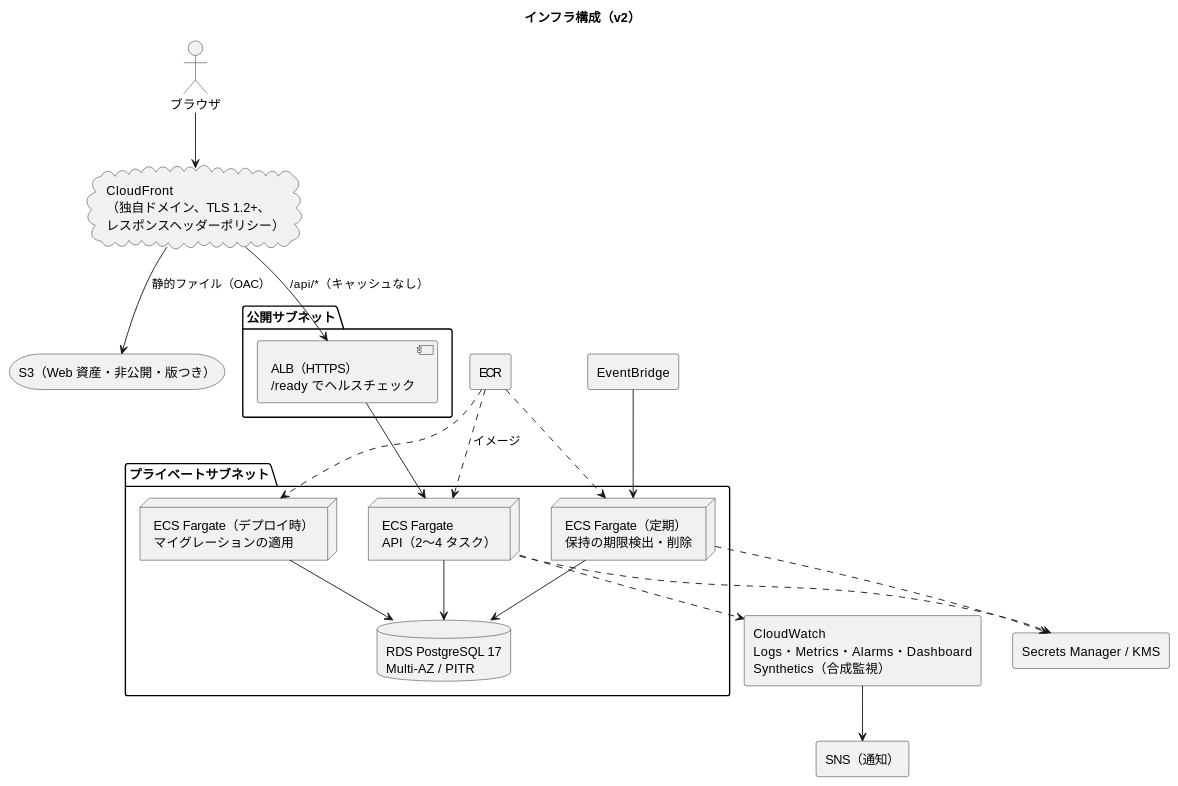
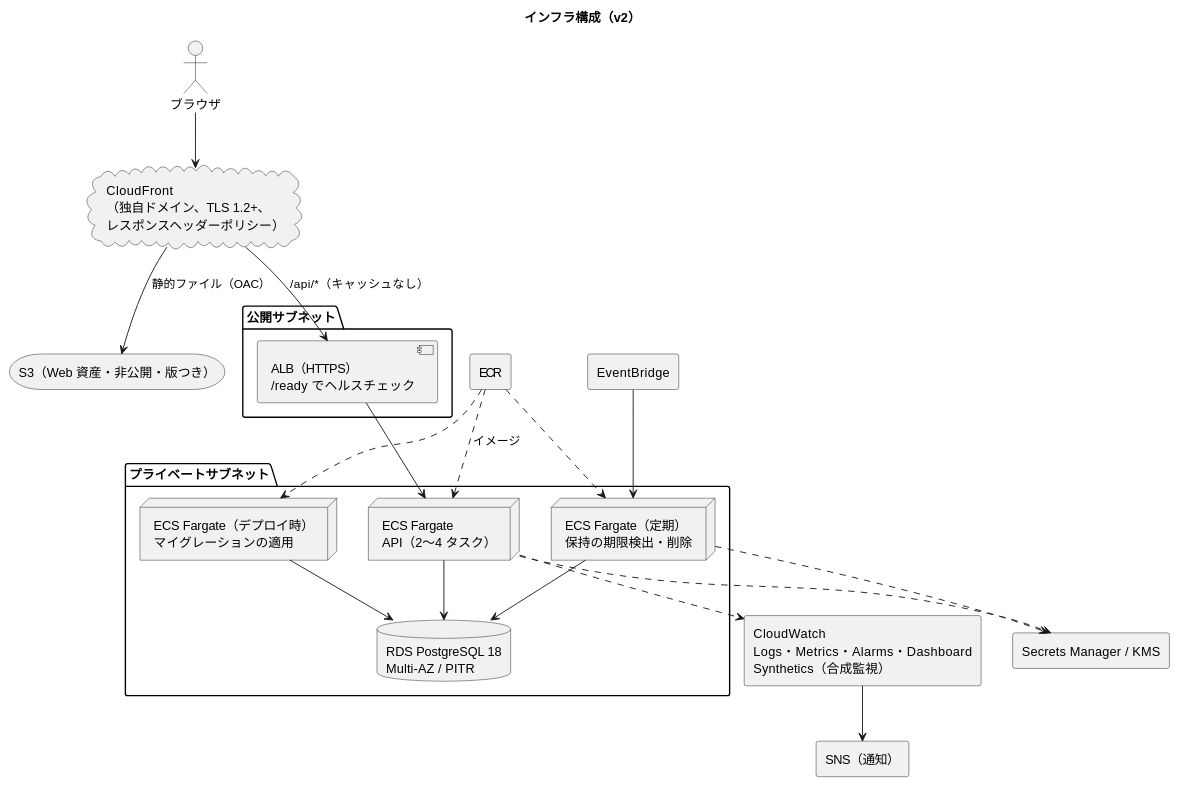
One commit to k2works/case-study-beer-game-simulation changed the first of 2 diagrams in docs/design/beer-game2/architecture-infrastructure.md. Above: the diagram before and after it, drawn with PlantUML. The commit also changed other lines of this file and 5 other files, not shown here.

````diff
--- a/docs/design/beer-game2/architecture-infrastructure.md
+++ b/docs/design/beer-game2/architecture-infrastructure.md
@@ -38,42 +38,42 @@
 ```plantuml
 @startuml
 title インフラ構成（v2）
 
 actor "ブラウザ" as Browser
 cloud "CloudFront\n（独自ドメイン、TLS 1.2+、\nレスポンスヘッダーポリシー）" as CF
 
 package "公開サブネット" {
   [ALB（HTTPS）\n/ready でヘルスチェック] as ALB
 }
 
 package "プライベートサブネット" {
   node "ECS Fargate\nAPI（2〜4 タスク）" as API
   node "ECS Fargate（定期）\n保持の期限検出・削除" as Ret
   node "ECS Fargate（デプロイ時）\nマイグレーションの適用" as Mig
-  database "RDS PostgreSQL 17\nMulti-AZ / PITR" as DB
+  database "RDS PostgreSQL 18\nMulti-AZ / PITR" as DB
 }
 
 storage "S3（Web 資産・非公開・版つき）" as S3Web
 rectangle "ECR" as ECR
 rectangle "EventBridge" as EB
 rectangle "Secrets Manager / KMS" as SM
 rectangle "CloudWatch\nLogs・Metrics・Alarms・Dashboard\nSynthetics（合成監視）" as Mon
 rectangle "SNS（通知）" as SNS
 
 Browser --> CF
 CF --> S3Web : 静的ファイル（OAC）
 CF --> ALB : /api/*（キャッシュなし）
 ALB --> API
 API --> DB
 EB --> Ret
 Ret --> DB
 Mig --> DB
 ECR ..> API : イメージ
 ECR ..> Ret
 ECR ..> Mig
 API ..> SM
 Ret ..> SM
 API ..> Mon
 Mon --> SNS
 @enduml
 ```
````
